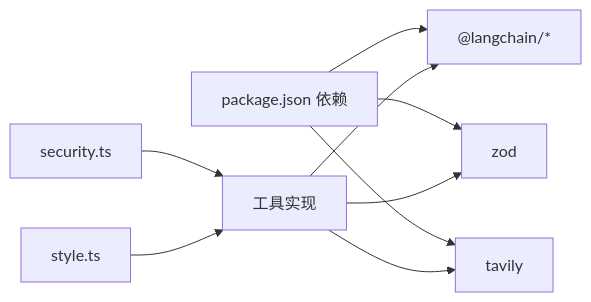
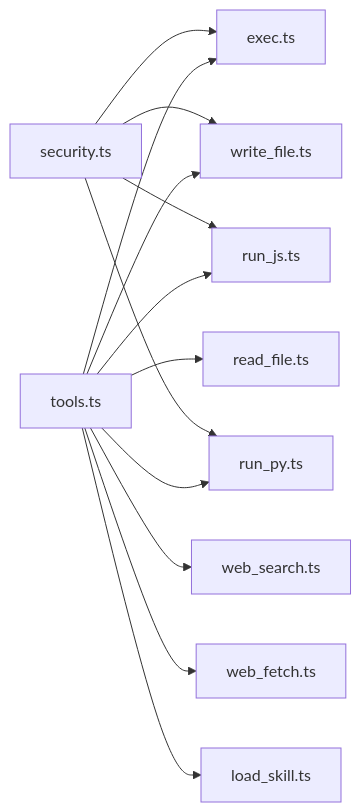
Before and after one commit to HAOFUYANG/onion-code: the seventh of 7 diagrams in .qoder/repowiki/zh/content/工具系统/工具系统.md, drawn with Mermaid. The commit also changed other lines of this file and 58 other files, not shown here.

````diff
--- a/.qoder/repowiki/zh/content/工具系统/工具系统.md
+++ b/.qoder/repowiki/zh/content/工具系统/工具系统.md
@@ -382,11 +345,15 @@
 ```mermaid
 graph LR
-P["package.json 依赖"] --> LC["@langchain/*"]
-P --> Z["zod"]
-P --> Tav["tavily"]
-Tools["工具实现"] --> LC
-Tools --> Z
-Tools --> Tav
-Security["security.ts"] --> Tools
-Style["style.ts"] --> Tools
+ToolsIndex["tools.ts"] --> Exec["exec.ts"]
+ToolsIndex --> ReadFile["read_file.ts"]
+ToolsIndex --> WriteFile["write_file.ts"]
+ToolsIndex --> RunJS["run_js.ts"]
+ToolsIndex --> RunPy["run_py.ts"]
+ToolsIndex --> WebSearch["web_search.ts"]
+ToolsIndex --> WebFetch["web_fetch.ts"]
+ToolsIndex --> LoadSkill["load_skill.ts"]
+Security["security.ts"] --> Exec
+Security --> WriteFile
+Security --> RunJS
+Security --> RunPy
 ```
````
